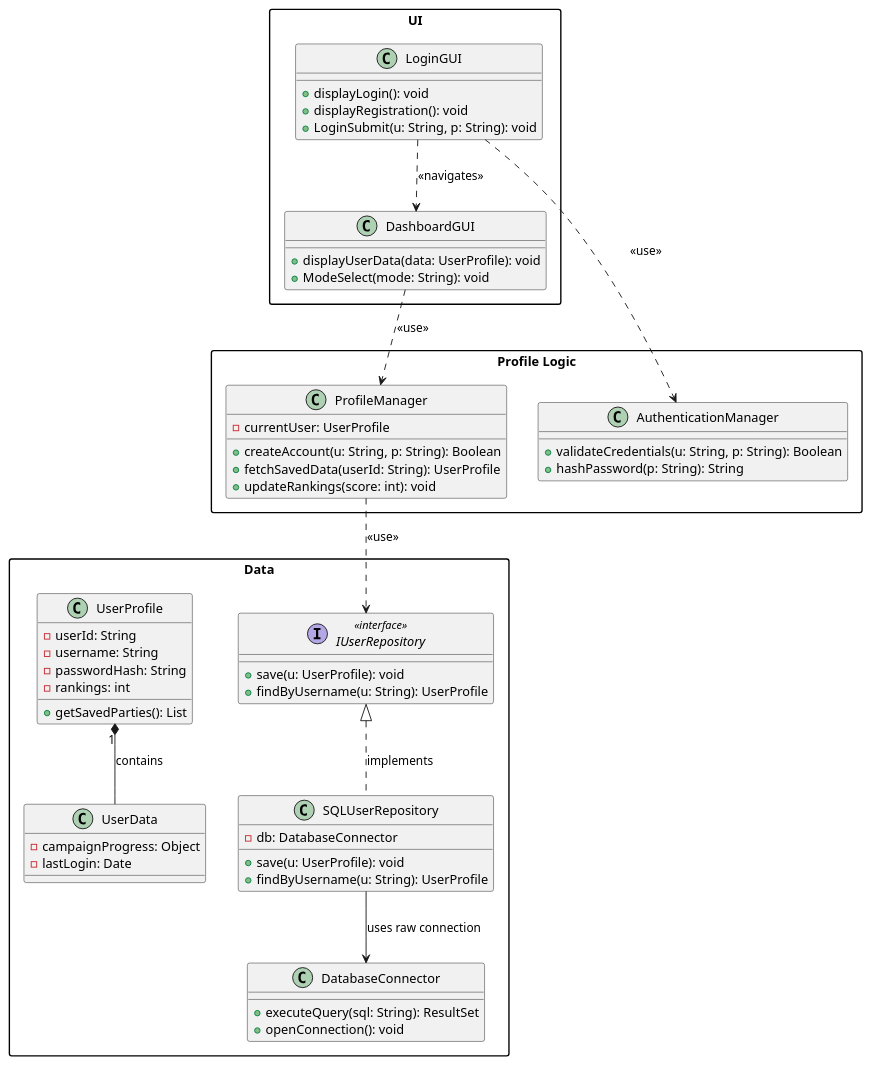
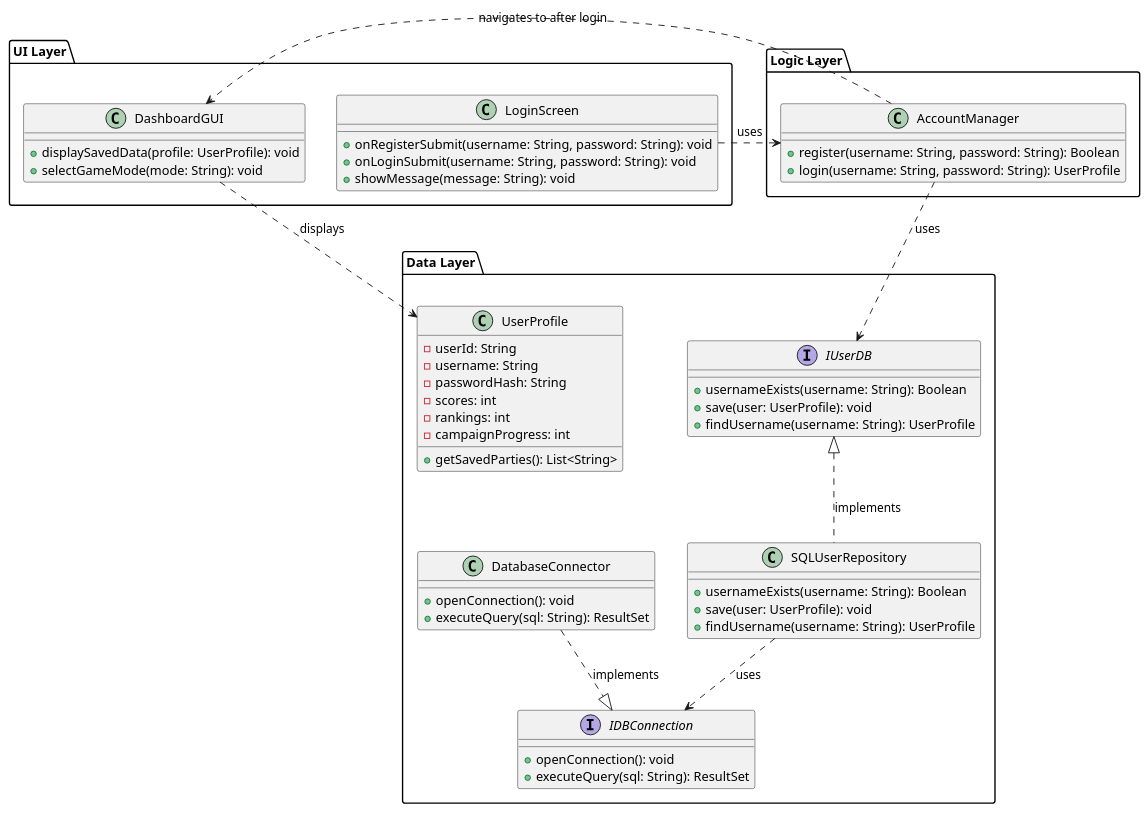
One commit to The-RealMojo/Legends-Of-Swords changed the diagram in src/ProfileCreationSystem/ProfileCreationSystem.puml. Above: the diagram before and after it, drawn with PlantUML.

Commit message:
Refactor UML diagram for Profile Creation System

```diff
--- a/src/ProfileCreationSystem/ProfileCreationSystem.puml
+++ b/src/ProfileCreationSystem/ProfileCreationSystem.puml
@@ -1,75 +1,67 @@
 @startuml
-
-skinparam packageStyle rect
-
-package "UI" {
-    class LoginGUI {
-        + displayLogin(): void
-        + displayRegistration(): void
-        + LoginSubmit(u: String, p: String): void
+package "UI Layer" {
+    class LoginScreen {
+        + onRegisterSubmit(username: String, password: String): void
+        + onLoginSubmit(username: String, password: String): void
+        + showMessage(message: String): void
     }
 
     class DashboardGUI {
-        + displayUserData(data: UserProfile): void
-        + ModeSelect(mode: String): void
+        + displaySavedData(profile: UserProfile): void
+        + selectGameMode(mode: String): void
     }
 }
 
-package "Profile Logic" {
-    class ProfileManager {
-        - currentUser: UserProfile
-        + createAccount(u: String, p: String): Boolean
-        + fetchSavedData(userId: String): UserProfile
-        + updateRankings(score: int): void
-    }
-
-    class AuthenticationManager {
-        + validateCredentials(u: String, p: String): Boolean
-        + hashPassword(p: String): String
+package "Logic Layer" {
+    class AccountManager {
+        + register(username: String, password: String): Boolean
+        + login(username: String, password: String): UserProfile
     }
 }
 
-package "Data" {
-    interface IUserRepository <<interface>> {
-        + save(u: UserProfile): void
-        + findByUsername(u: String): UserProfile
-    }
-
-    class SQLUserRepository {
-        - db: DatabaseConnector
-        + save(u: UserProfile): void
-        + findByUsername(u: String): UserProfile
-    }
-
-    class DatabaseConnector {
-        + executeQuery(sql: String): ResultSet
-        + openConnection(): void
-    }
-
+package "Data Layer" {
     class UserProfile {
         - userId: String
         - username: String
         - passwordHash: String
+        - scores: int
         - rankings: int
-        + getSavedParties(): List
+        - campaignProgress: int
+        + getSavedParties(): List<String>
     }
 
-    class UserData {
-        - campaignProgress: Object
-        - lastLogin: Date
+    interface IUserDB {
+        + usernameExists(username: String): Boolean
+        + save(user: UserProfile): void
+        + findUsername(username: String): UserProfile
+    }
+
+    class SQLUserRepository {
+        + usernameExists(username: String): Boolean
+        + save(user: UserProfile): void
+        + findUsername(username: String): UserProfile
+    }
+
+    interface IDBConnection {
+        + openConnection(): void
+        + executeQuery(sql: String): ResultSet
+    }
+
+    class DatabaseConnector {
+        + openConnection(): void
+        + executeQuery(sql: String): ResultSet
     }
 }
 
 ' Relationships
-LoginGUI ..> DashboardGUI : <<navigates>>
-LoginGUI ..> AuthenticationManager : <<use>>
-DashboardGUI ..> ProfileManager : <<use>>
+LoginScreen ..> AccountManager : uses
+AccountManager ..> IUserDB : uses
+IUserDB <|.. SQLUserRepository : implements
 
-ProfileManager ..> IUserRepository : <<use>>
+SQLUserRepository ..> IDBConnection : uses
+DatabaseConnector ..|> IDBConnection : implements
 
-IUserRepository <|.. SQLUserRepository : implements
-SQLUserRepository --> DatabaseConnector : uses raw connection
-
-UserProfile "1" *-- UserData : contains
+AccountManager ..> DashboardGUI : navigates to after login
+DashboardGUI ..> UserProfile : displays
 
 @enduml
```
